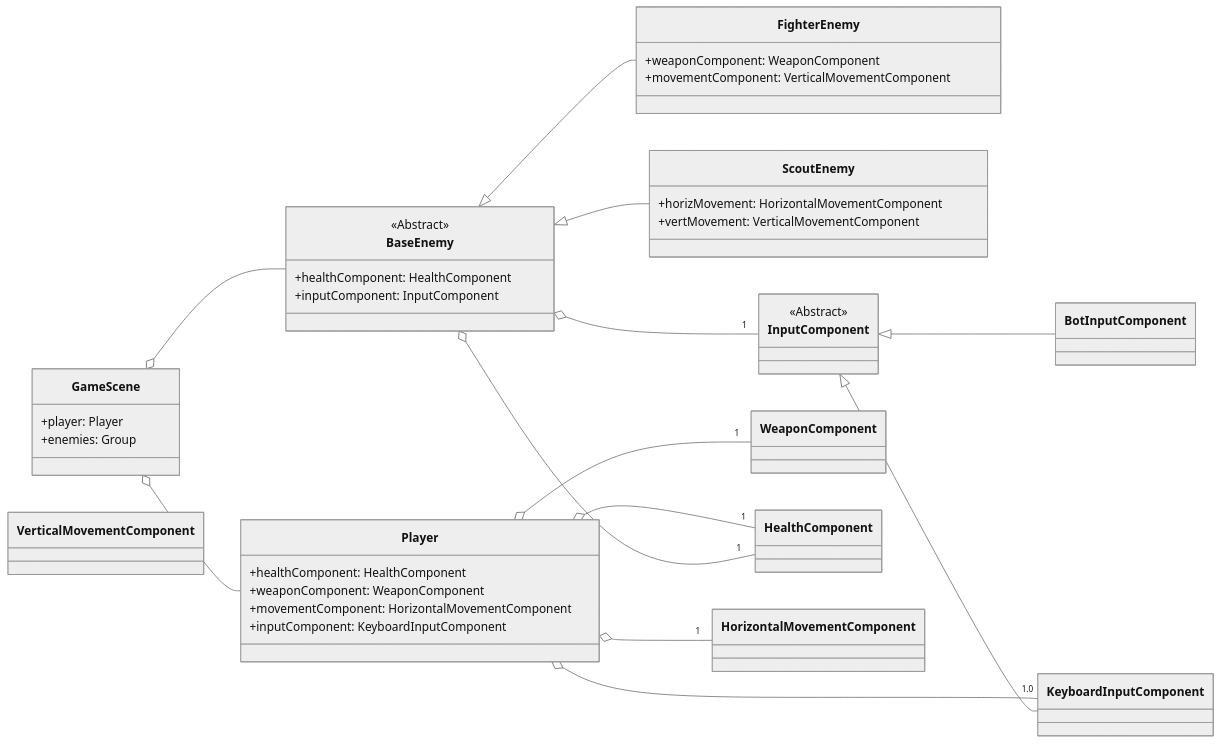
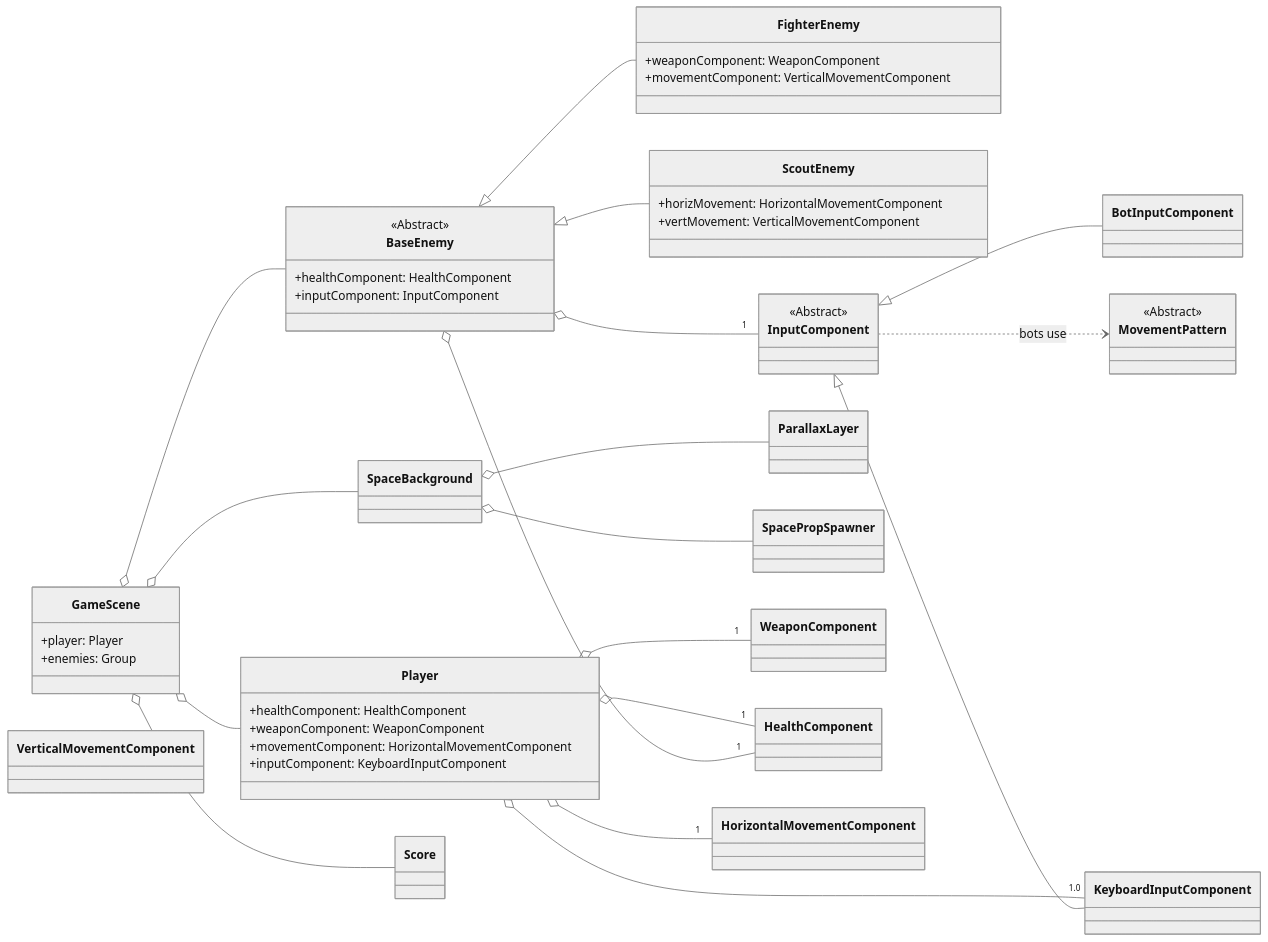
Before and after one commit to railroadman/spaceShooter: the diagram in docs/architecture.md, drawn with Mermaid (neutral theme). The commit also changed other lines of this file and 39 other files, not shown here.

````diff
--- a/docs/architecture.md
+++ b/docs/architecture.md
@@ -79,59 +104,72 @@
 ```mermaid
 classDiagram
     direction LR
 
     class GameScene {
         +player: Player
         +enemies: Group
     }
 
     class Player {
         +healthComponent: HealthComponent
         +weaponComponent: WeaponComponent
         +movementComponent: HorizontalMovementComponent
         +inputComponent: KeyboardInputComponent
     }
 
     class BaseEnemy {
         <<Abstract>>
         +healthComponent: HealthComponent
         +inputComponent: InputComponent
     }
 
     class FighterEnemy {
         +weaponComponent: WeaponComponent
         +movementComponent: VerticalMovementComponent
     }
 
     class ScoutEnemy {
         +horizMovement: HorizontalMovementComponent
         +vertMovement: VerticalMovementComponent
     }
 
     class InputComponent {
         <<Abstract>>
     }
     class KeyboardInputComponent
     class BotInputComponent
 
+    class SpaceBackground
+    class ParallaxLayer
+    class SpacePropSpawner
+    class Score
+    class MovementPattern {
+        <<Abstract>>
+    }
+
     class WeaponComponent
     class HealthComponent
     class HorizontalMovementComponent
     class VerticalMovementComponent
 
     GameScene o-- Player
     GameScene o-- BaseEnemy
+    GameScene o-- SpaceBackground
+    GameScene o-- Score
+    SpaceBackground o-- ParallaxLayer
+    SpaceBackground o-- SpacePropSpawner
+    InputComponent ..> MovementPattern : bots use
 
     Player o-- "1" HealthComponent
     Player o-- "1" WeaponComponent
     Player o-- "1" HorizontalMovementComponent
     Player o-- "1.0" KeyboardInputComponent
 
     BaseEnemy <|-- FighterEnemy
     BaseEnemy <|-- ScoutEnemy
     BaseEnemy o-- "1" HealthComponent
     BaseEnemy o-- "1" InputComponent
 
     InputComponent <|-- KeyboardInputComponent
     InputComponent <|-- BotInputComponent
 ```
````
